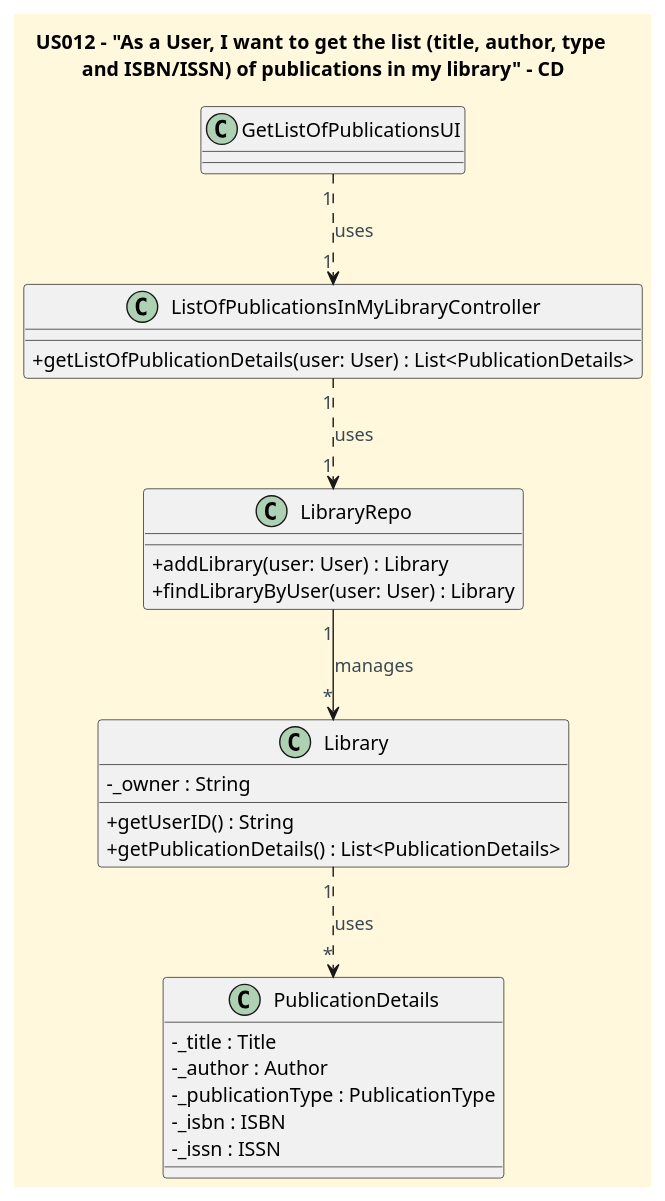
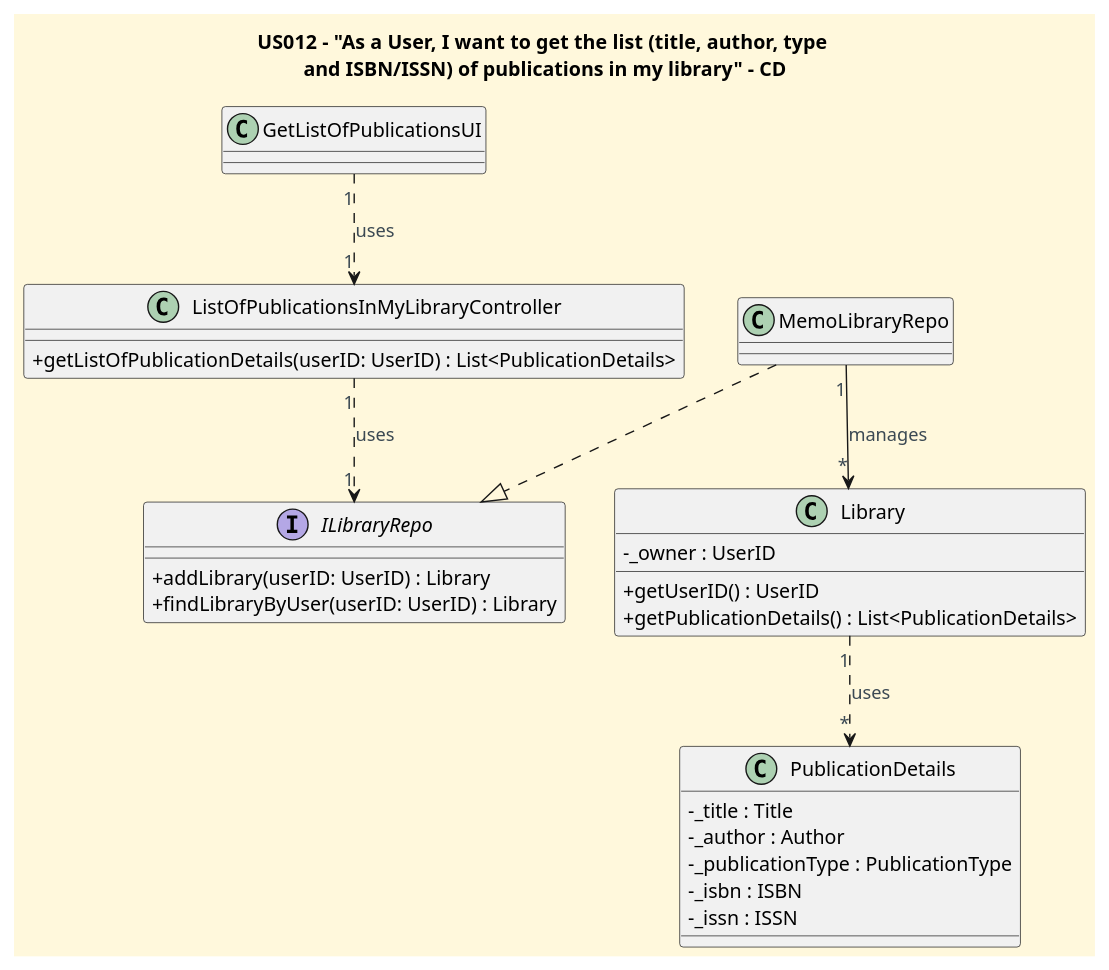
The diagram in docs/userStories/US012/US012_get_list_of_publications_in_my_library_CD.puml (CarolinaLeite-collab/JavaMarketplacePlatform), drawn with PlantUML before and after one commit. The commit also changed 1 other file, not shown here.

Commit message:
feat: add Class Diagram and Sequence Diagram for DDD reengineering US012, Ref #405

```diff
--- a/docs/userStories/US012/US012_get_list_of_publications_in_my_library_CD.puml
+++ b/docs/userStories/US012/US012_get_list_of_publications_in_my_library_CD.puml
@@ -1,50 +1,55 @@
 @startuml
 'https://plantuml.com/class-diagram
 title US012 – "As a User, I want to get the list (title, author, type \nand ISBN/ISSN) of publications in my library" - CD
 
 
 '==== basic style ====
 skinparam monochrome false
 skinparam shadowing false
 skinparam defaultFontName Futura
 skinparam objectFontSize 20
 skinparam backgroundColor CornSilk
 skinparam objectBackgroundColor WhiteSmoke
 skinparam noteBackgroundColor #FFFFE0
 skinparam ArrowFontColor #3B4953
 skinparam ActivationBackgroundColor black
 skinparam classAttributeIconSize 0
 
 class GetListOfPublicationsUI {
 }
 
 class ListOfPublicationsInMyLibraryController {
-    +getListOfPublicationDetails(user: User) : List<PublicationDetails>
+    +getListOfPublicationDetails(userID: UserID) : List<PublicationDetails>
 }
 
-class LibraryRepo {
-      +addLibrary(user: User) : Library
-      +findLibraryByUser(user: User) : Library
+interface ILibraryRepo{
+ +addLibrary(userID: UserID) : Library
+ +findLibraryByUser(userID: UserID) : Library
+}
+
+class MemoLibraryRepo {
+
 }
 
 class Library {
-  -_owner : String
-  +getUserID() : String
+  -_owner : UserID
+  +getUserID() : UserID
   +getPublicationDetails() : List<PublicationDetails>
 }
 
 class PublicationDetails{
     -_title : Title
     -_author : Author
     -_publicationType : PublicationType
     -_isbn : ISBN
     -_issn : ISSN
 }
 
 GetListOfPublicationsUI "1"..> "1"ListOfPublicationsInMyLibraryController :uses
-ListOfPublicationsInMyLibraryController "1"..> "1"LibraryRepo : uses
-LibraryRepo "1" --> "*" Library : manages
+ListOfPublicationsInMyLibraryController "1"..> "1"ILibraryRepo : uses
+MemoLibraryRepo ..|> ILibraryRepo
+MemoLibraryRepo "1" --> "*" Library : manages
 Library "1" ..> "*" PublicationDetails : uses
 
 
 @enduml
```
